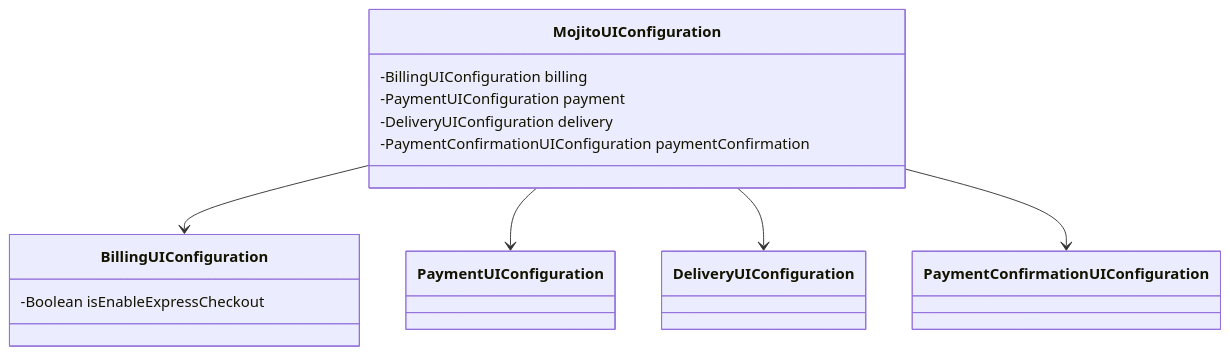
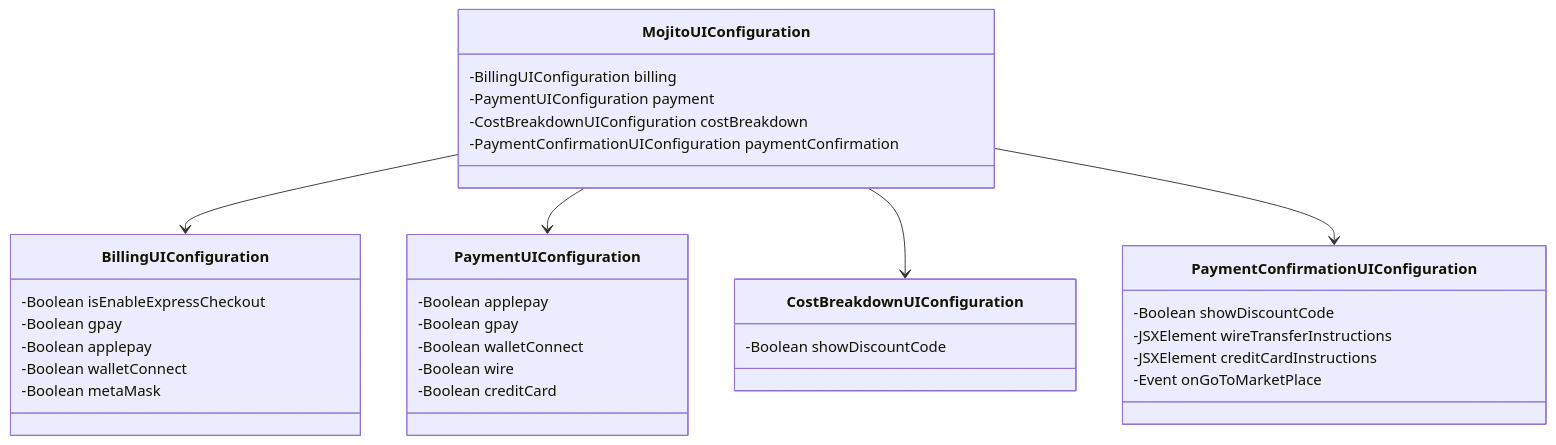
One commit to mojitoinc/mojito-mixer-v2 changed the diagram in architecture/architecture-class-configuration.mmd. Above: the diagram before and after it, drawn with Mermaid. The commit also changed other lines of this file and 11 other files, not shown here.

```diff
--- a/architecture/architecture-class-configuration.mmd
+++ b/architecture/architecture-class-configuration.mmd
@@ -1,23 +1,36 @@
 classDiagram
+
+MojitoUIConfiguration --> BillingUIConfiguration
+MojitoUIConfiguration --> PaymentUIConfiguration
+MojitoUIConfiguration --> CostBreakdownUIConfiguration
+MojitoUIConfiguration --> PaymentConfirmationUIConfiguration
+
 class MojitoUIConfiguration {
     -BillingUIConfiguration billing
     -PaymentUIConfiguration payment
-    -DeliveryUIConfiguration delivery
+    -CostBreakdownUIConfiguration costBreakdown
     -PaymentConfirmationUIConfiguration paymentConfirmation
 }
 class BillingUIConfiguration {
     -Boolean isEnableExpressCheckout
+    -Boolean gpay
+    -Boolean applepay
+    -Boolean walletConnect
+    -Boolean metaMask
 }
 class PaymentUIConfiguration {
-    
+    -Boolean applepay
+    -Boolean gpay
+    -Boolean walletConnect
+    -Boolean wire
+    -Boolean creditCard
 }
-class DeliveryUIConfiguration {
-    
+class CostBreakdownUIConfiguration {
+    -Boolean showDiscountCode
 }
 class PaymentConfirmationUIConfiguration {
-    
+    -Boolean showDiscountCode
+    -JSXElement wireTransferInstructions
+    -JSXElement creditCardInstructions
+    -Event onGoToMarketPlace
 }
-MojitoUIConfiguration --> BillingUIConfiguration
-MojitoUIConfiguration --> PaymentUIConfiguration
-MojitoUIConfiguration --> DeliveryUIConfiguration
-MojitoUIConfiguration --> PaymentConfirmationUIConfiguration
```
